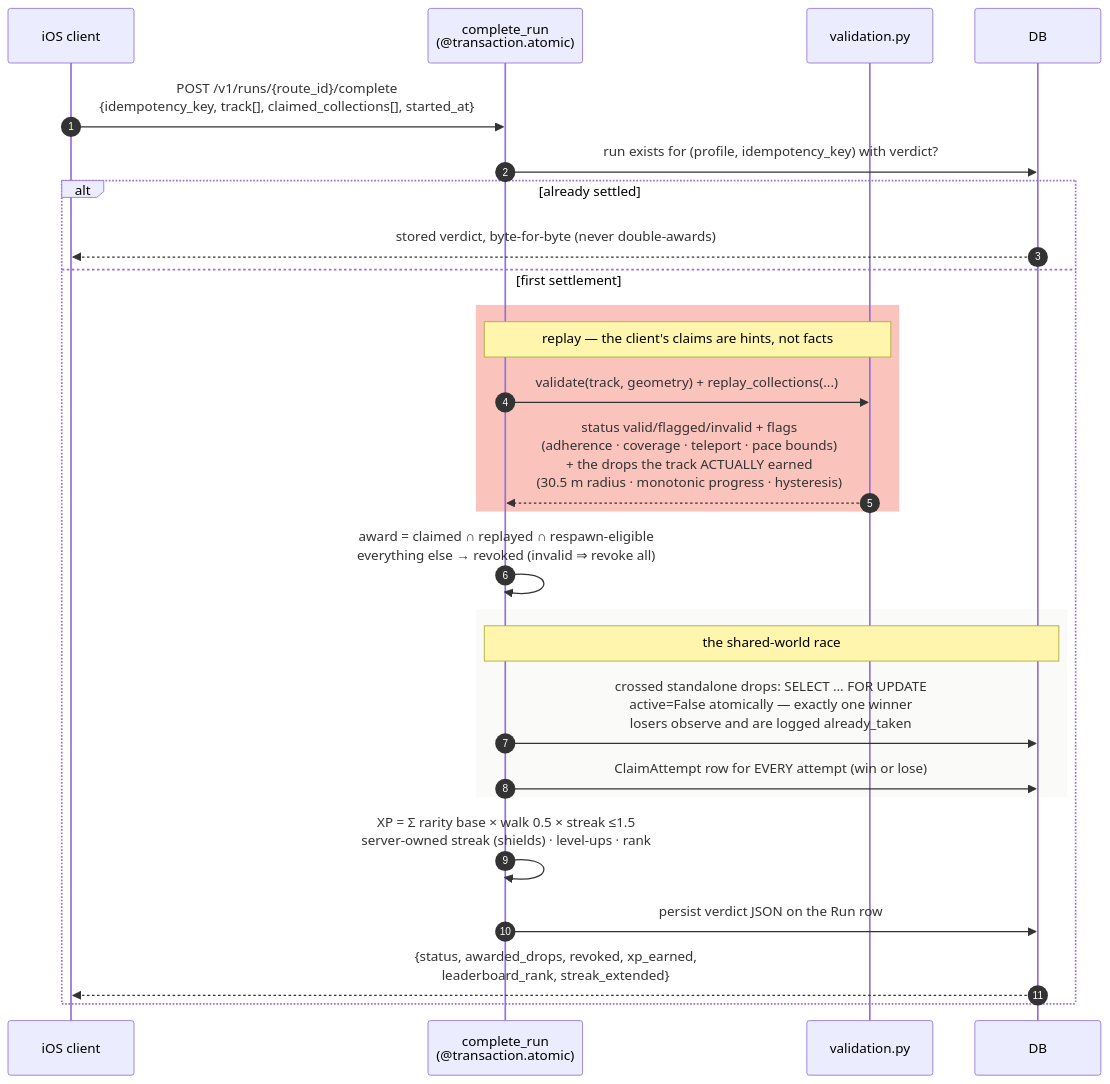
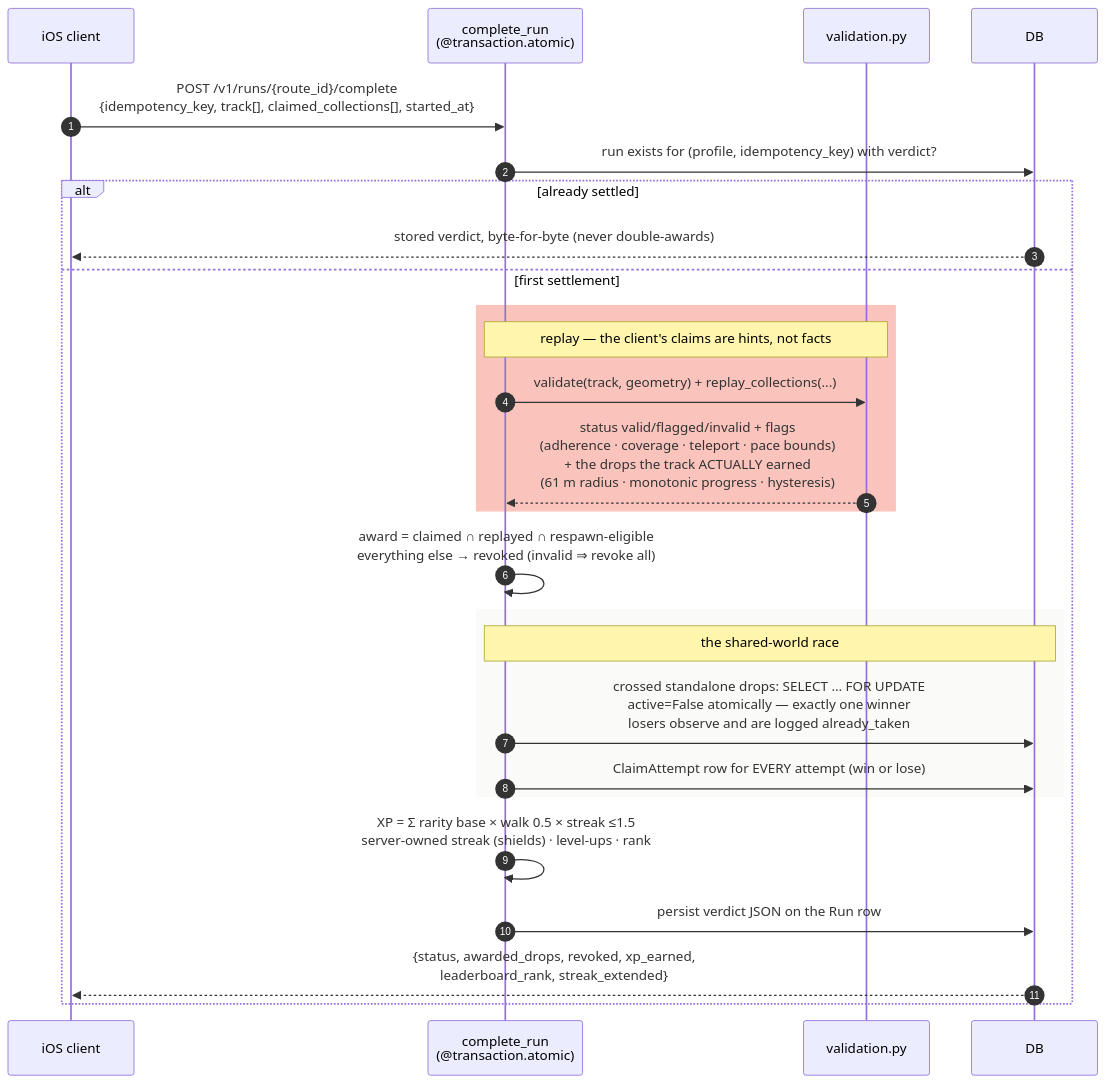
One commit to Ifthikar20/project-gr changed diagram 16 of 17 in docs/16-architecture-deep-dive.md. Above: the diagram before and after it, drawn with Mermaid. The commit also changed other lines of this file and 13 other files, not shown here.

````diff
--- a/docs/16-architecture-deep-dive.md
+++ b/docs/16-architecture-deep-dive.md
@@ -740,29 +740,29 @@
 ```mermaid
 sequenceDiagram
     autonumber
     participant C as iOS client
     participant V as complete_run<br/>(@transaction.atomic)
     participant VAL as validation.py
     participant DB as DB
 
     C->>V: POST /v1/runs/{route_id}/complete<br/>{idempotency_key, track[], claimed_collections[], started_at}
     V->>DB: run exists for (profile, idempotency_key) with verdict?
     alt already settled
         DB-->>C: stored verdict, byte-for-byte (never double-awards)
     else first settlement
         rect rgb(250, 196, 189)
             note over V,VAL: replay — the client's claims are hints, not facts
             V->>VAL: validate(track, geometry) + replay_collections(...)
-            VAL-->>V: status valid/flagged/invalid + flags<br/>(adherence · coverage · teleport · pace bounds)<br/>+ the drops the track ACTUALLY earned<br/>(30.5 m radius · monotonic progress · hysteresis)
+            VAL-->>V: status valid/flagged/invalid + flags<br/>(adherence · coverage · teleport · pace bounds)<br/>+ the drops the track ACTUALLY earned<br/>(61 m radius · monotonic progress · hysteresis)
         end
         V->>V: award = claimed ∩ replayed ∩ respawn-eligible<br/>everything else → revoked (invalid ⇒ revoke all)
         rect rgb(250, 250, 248)
             note over V,DB: the shared-world race
             V->>DB: crossed standalone drops: SELECT … FOR UPDATE<br/>active=False atomically — exactly one winner<br/>losers observe and are logged already_taken
             V->>DB: ClaimAttempt row for EVERY attempt (win or lose)
         end
         V->>V: XP = Σ rarity base × walk 0.5 × streak ≤1.5<br/>server-owned streak (shields) · level-ups · rank
         V->>DB: persist verdict JSON on the Run row
         DB-->>C: {status, awarded_drops, revoked, xp_earned,<br/>leaderboard_rank, streak_extended}
     end
 ```
````
